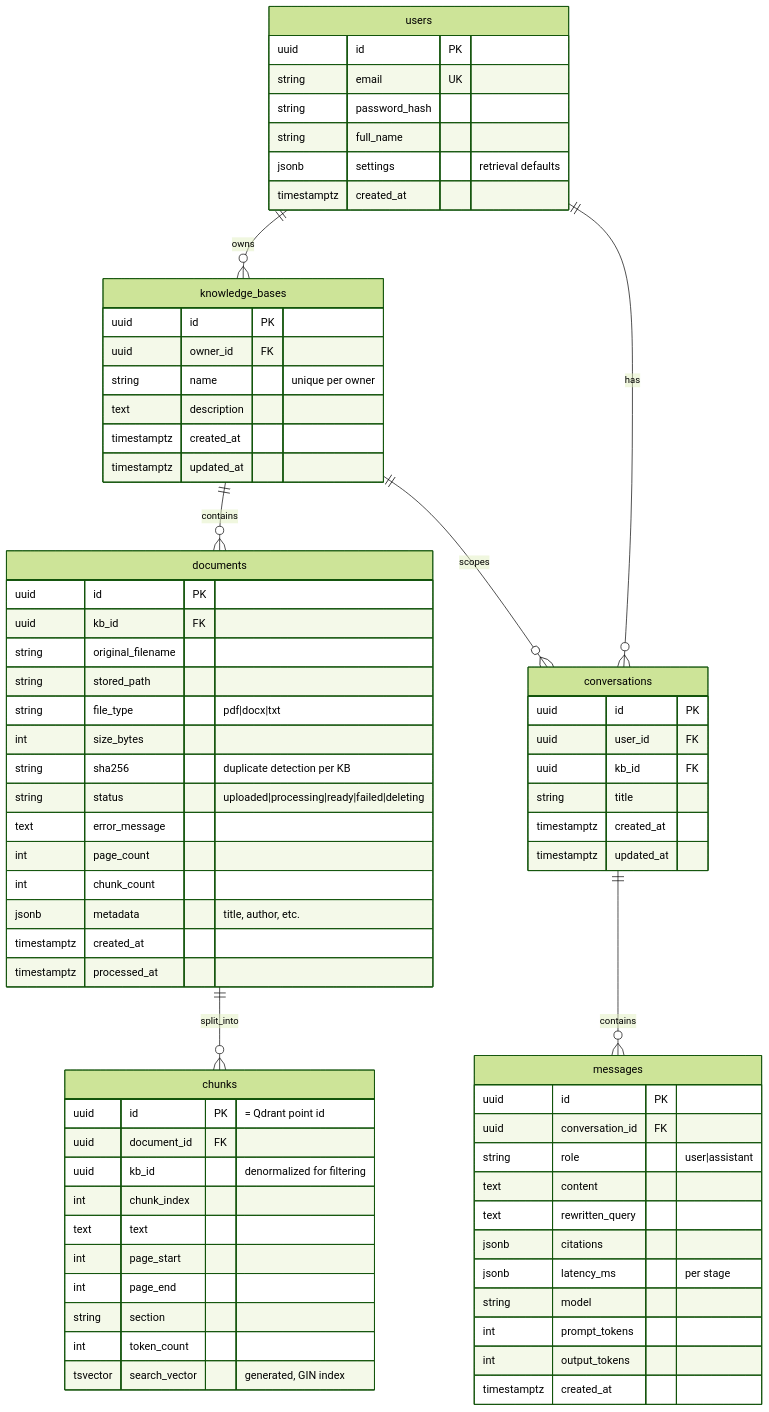
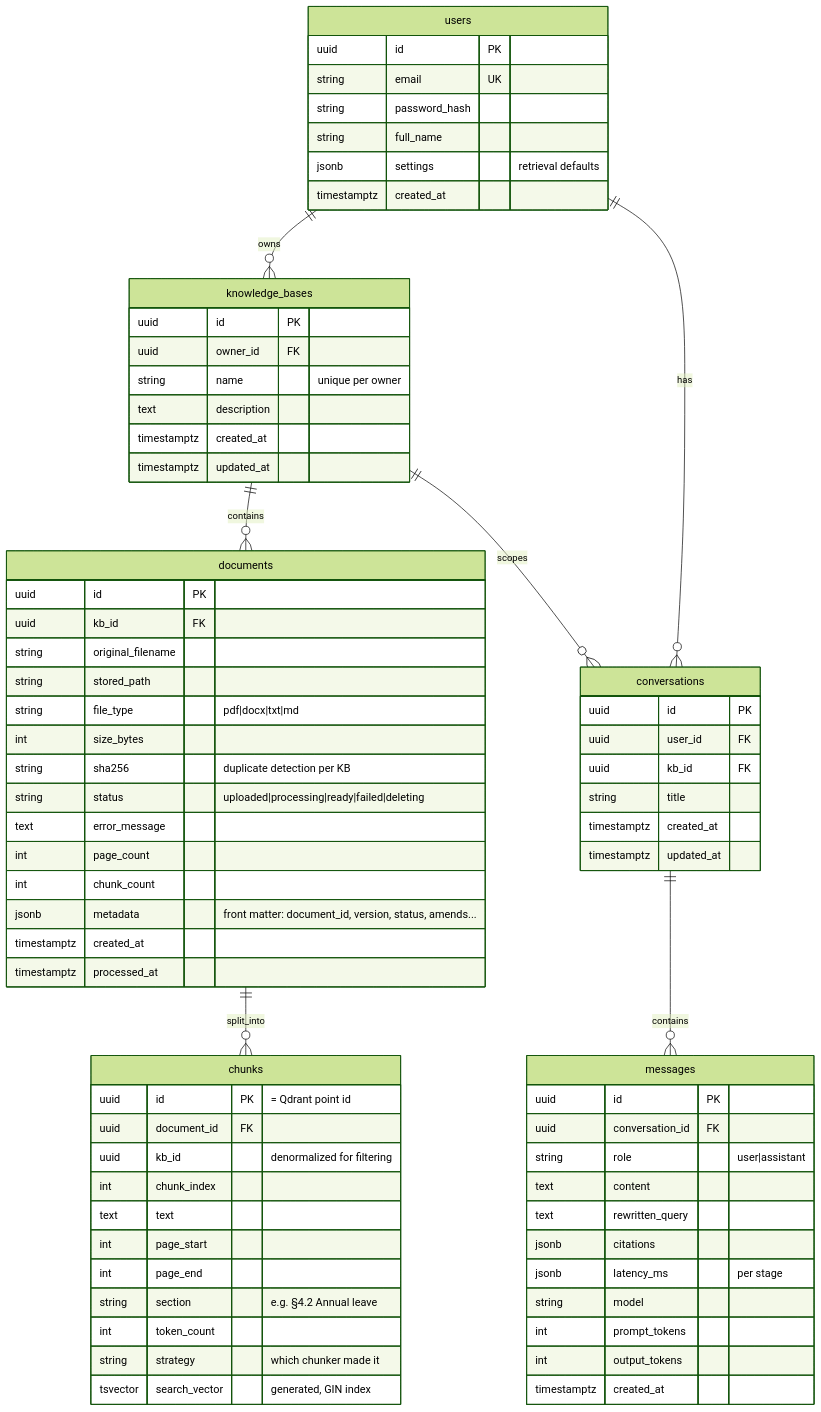
One commit to piccolo3528/enterprise_ai changed the fourth of 4 diagrams in ARCHITECTURE.md. Above: the diagram before and after it, drawn with Mermaid (forest theme). The commit also changed other lines of this file and 31 other files, not shown here.

First line of the commit message:
Add the database schema and Alembic migrations on Neon Singapore (M4)

````diff
--- a/ARCHITECTURE.md
+++ b/ARCHITECTURE.md
@@ -552,75 +576,76 @@
 ```mermaid
 erDiagram
     users ||--o{ knowledge_bases : owns
     users ||--o{ conversations : has
     knowledge_bases ||--o{ documents : contains
     knowledge_bases ||--o{ conversations : scopes
     documents ||--o{ chunks : split_into
     conversations ||--o{ messages : contains
 
     users {
         uuid id PK
         string email UK
         string password_hash
         string full_name
         jsonb settings "retrieval defaults"
         timestamptz created_at
     }
     knowledge_bases {
         uuid id PK
         uuid owner_id FK
         string name "unique per owner"
         text description
         timestamptz created_at
         timestamptz updated_at
     }
     documents {
         uuid id PK
         uuid kb_id FK
         string original_filename
         string stored_path
-        string file_type "pdf|docx|txt"
+        string file_type "pdf|docx|txt|md"
         int size_bytes
         string sha256 "duplicate detection per KB"
         string status "uploaded|processing|ready|failed|deleting"
         text error_message
         int page_count
         int chunk_count
-        jsonb metadata "title, author, etc."
+        jsonb metadata "front matter: document_id, version, status, amends..."
         timestamptz created_at
         timestamptz processed_at
     }
     chunks {
         uuid id PK "= Qdrant point id"
         uuid document_id FK
         uuid kb_id "denormalized for filtering"
         int chunk_index
         text text
         int page_start
         int page_end
-        string section
+        string section "e.g. §4.2 Annual leave"
         int token_count
+        string strategy "which chunker made it"
         tsvector search_vector "generated, GIN index"
     }
     conversations {
         uuid id PK
         uuid user_id FK
         uuid kb_id FK
         string title
         timestamptz created_at
         timestamptz updated_at
     }
     messages {
         uuid id PK
         uuid conversation_id FK
         string role "user|assistant"
         text content
         text rewritten_query
         jsonb citations
         jsonb latency_ms "per stage"
         string model
         int prompt_tokens
         int output_tokens
         timestamptz created_at
     }
 ```
````
